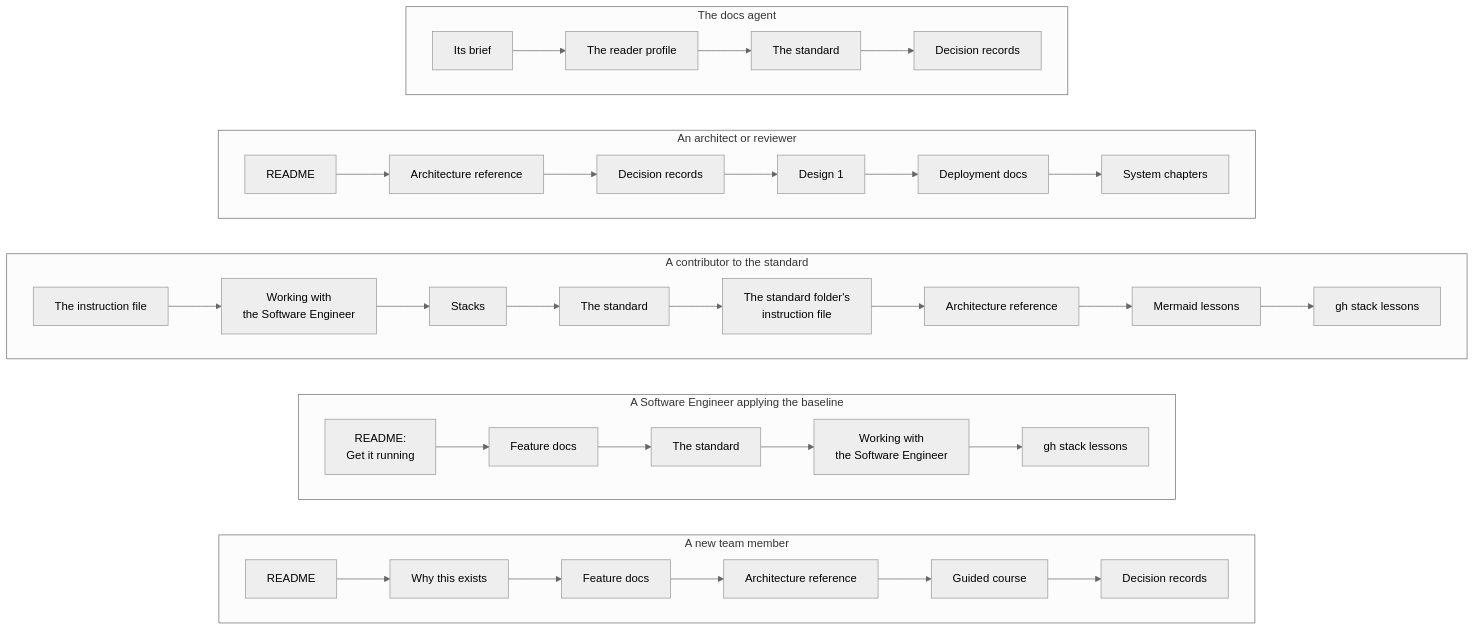
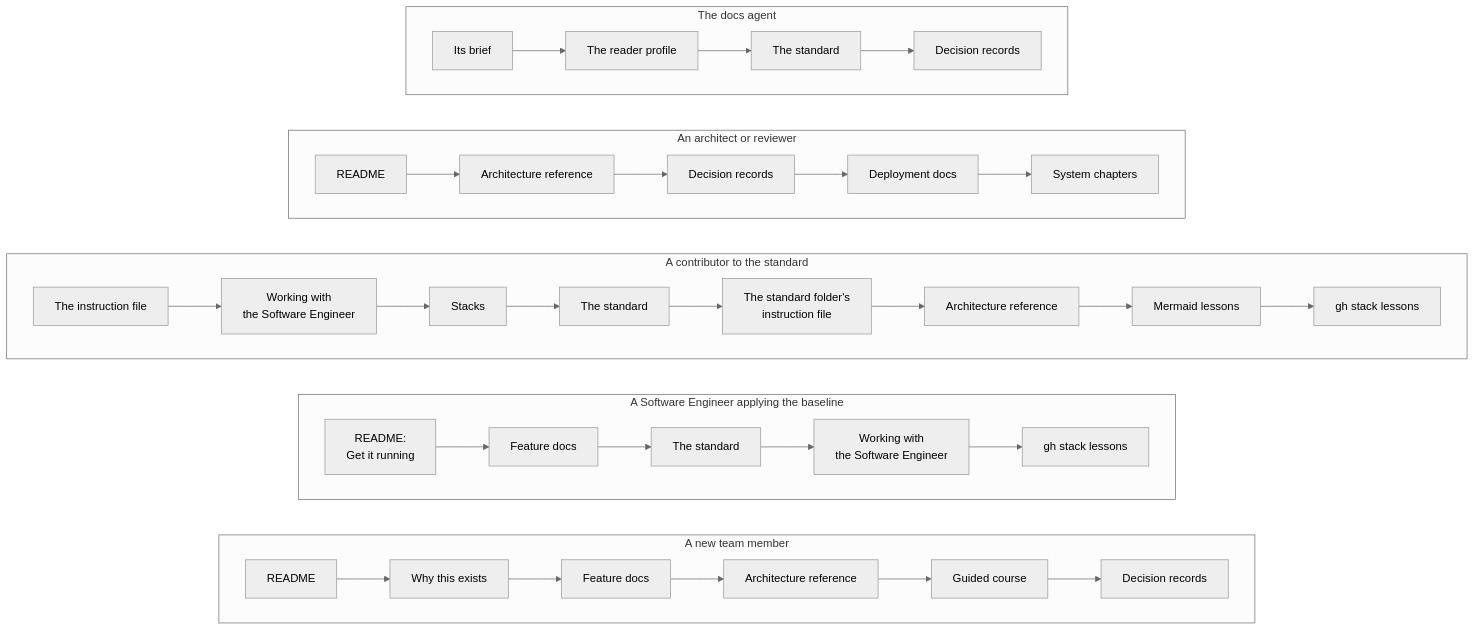
One commit to chandanbsd/baseline-framework changed the diagram in docs/reader-profile.md. Above: the diagram before and after it, drawn with Mermaid (neutral theme). The commit also changed other lines of this file and 64 other files, not shown here.

````diff
--- a/docs/reader-profile.md
+++ b/docs/reader-profile.md
@@ -120,23 +120,23 @@
 ```mermaid
 flowchart LR
     subgraph NH["A new team member"]
         direction LR
         N1["README"] --> N0["Why this exists"] --> N2["Feature docs"] --> N3["Architecture reference"] --> N5["Guided course"] --> N4["Decision records"]
     end
     subgraph SE["A Software Engineer applying the baseline"]
         direction LR
         S1["README:<br/>Get it running"] --> S2["Feature docs"] --> S3["The standard"] --> S4["Working with<br/>the Software Engineer"] --> S5["gh stack lessons"]
     end
     subgraph CO["A contributor to the standard"]
         direction LR
         C1["The instruction file"] --> C2["Working with<br/>the Software Engineer"] --> C3["Stacks"] --> C4["The standard"] --> CS["The standard folder's<br/>instruction file"] --> C5["Architecture reference"] --> C6["Mermaid lessons"] --> C7["gh stack lessons"]
     end
     subgraph AR["An architect or reviewer"]
         direction LR
-        A1["README"] --> A2["Architecture reference"] --> A3["Decision records"] --> A4["Design 1"] --> A5["Deployment docs"] --> A6["System chapters"]
+        A1["README"] --> A2["Architecture reference"] --> A3["Decision records"] --> A5["Deployment docs"] --> A6["System chapters"]
     end
     subgraph DA["The docs agent"]
         direction LR
         D1["Its brief"] --> D2["The reader profile"] --> D3["The standard"] --> D4["Decision records"]
     end
 ```
````
